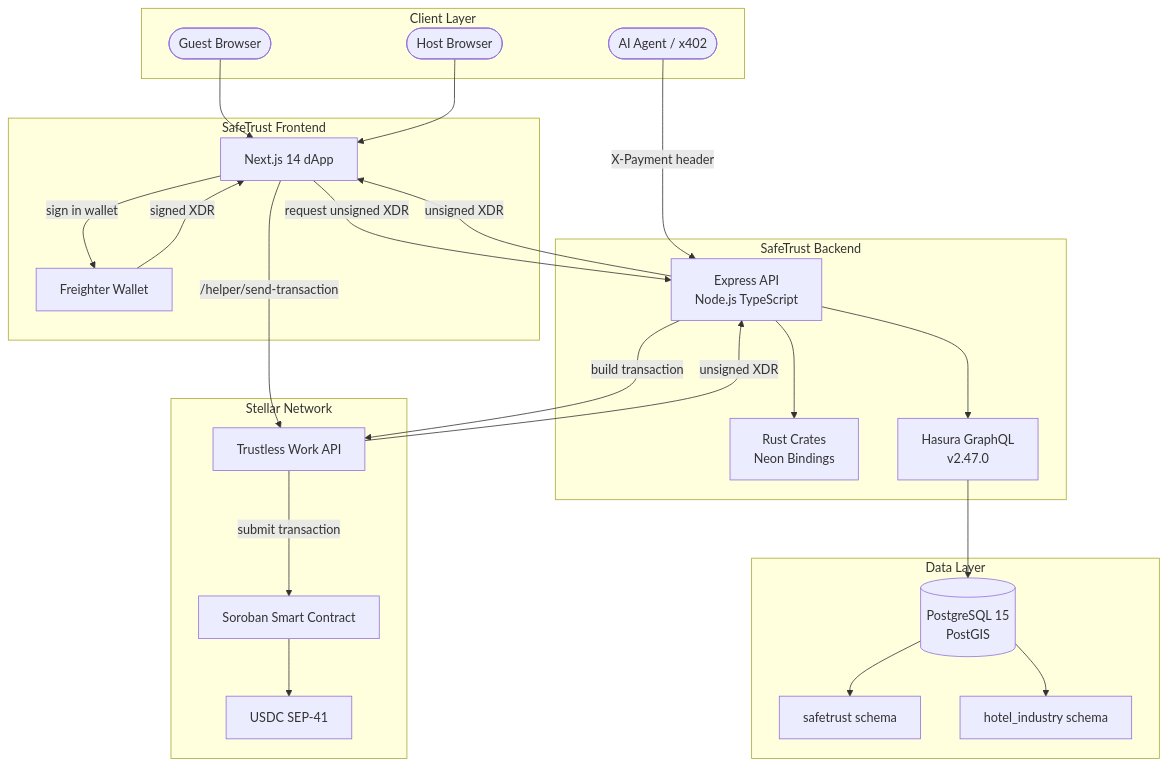
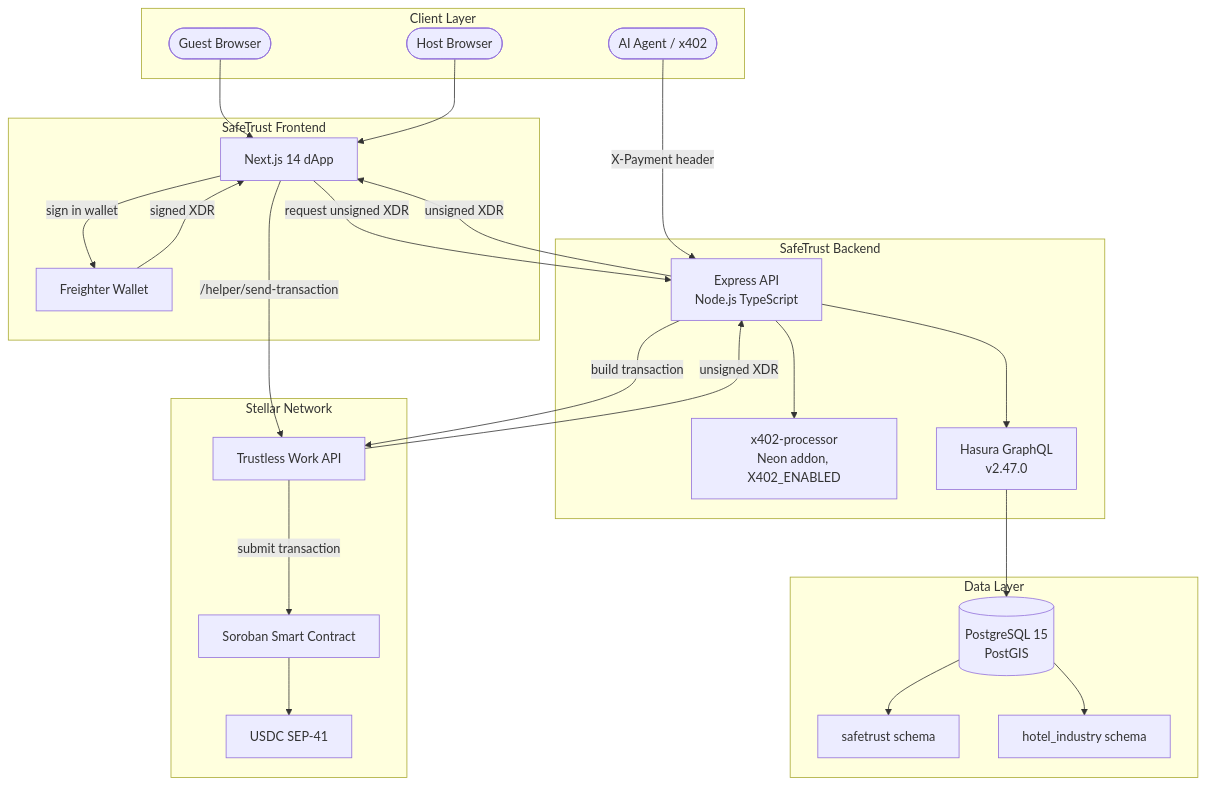
The first of 4 diagrams in docs/architecture/overview.md (safetrustcr/backend-SafeTrust), drawn with Mermaid before and after one commit. The commit also changed other lines of this file and 102 other files, not shown here.

````diff
--- a/docs/architecture/overview.md
+++ b/docs/architecture/overview.md
@@ -13,49 +14,49 @@
 ```mermaid
 flowchart TD
     subgraph Client Layer
         GU([Guest Browser])
         HO([Host Browser])
         AI([AI Agent / x402])
     end
 
     subgraph SafeTrust Frontend
         FE[Next.js 14 dApp]
         FW[Freighter Wallet]
     end
 
     subgraph SafeTrust Backend
         BE[Express API\nNode.js TypeScript]
-        RC[Rust Crates\nNeon Bindings]
+        RC[x402-processor\nNeon addon, X402_ENABLED]
         HG[Hasura GraphQL\nv2.47.0]
     end
 
     subgraph Data Layer
         PG[(PostgreSQL 15\nPostGIS)]
         ST[safetrust schema]
         HI[hotel_industry schema]
     end
 
     subgraph Stellar Network
         TW[Trustless Work API]
         SC[Soroban Smart Contract]
         USDC[USDC SEP-41]
     end
 
     GU --> FE
     HO --> FE
     AI -->|X-Payment header| BE
     FE -->|request unsigned XDR| BE
     BE -->|build transaction| TW
     TW -->|unsigned XDR| BE
     BE -->|unsigned XDR| FE
     FE -->|sign in wallet| FW
     FW -->|signed XDR| FE
     FE -->|/helper/send-transaction| TW
     TW -->|submit transaction| SC
     BE --> RC
     BE --> HG
     HG --> PG
     PG --> ST
     PG --> HI
     SC --> USDC
 ```
````
